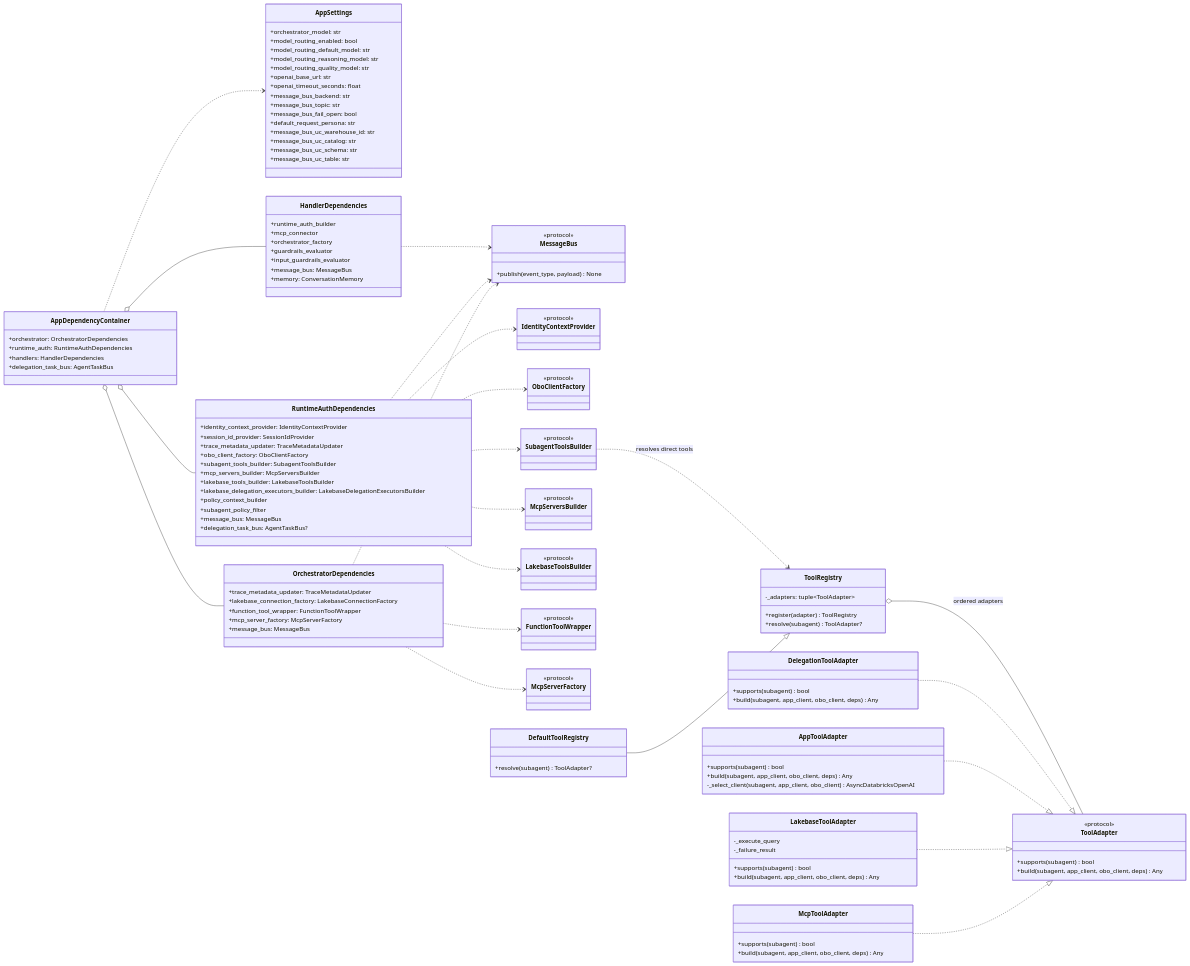
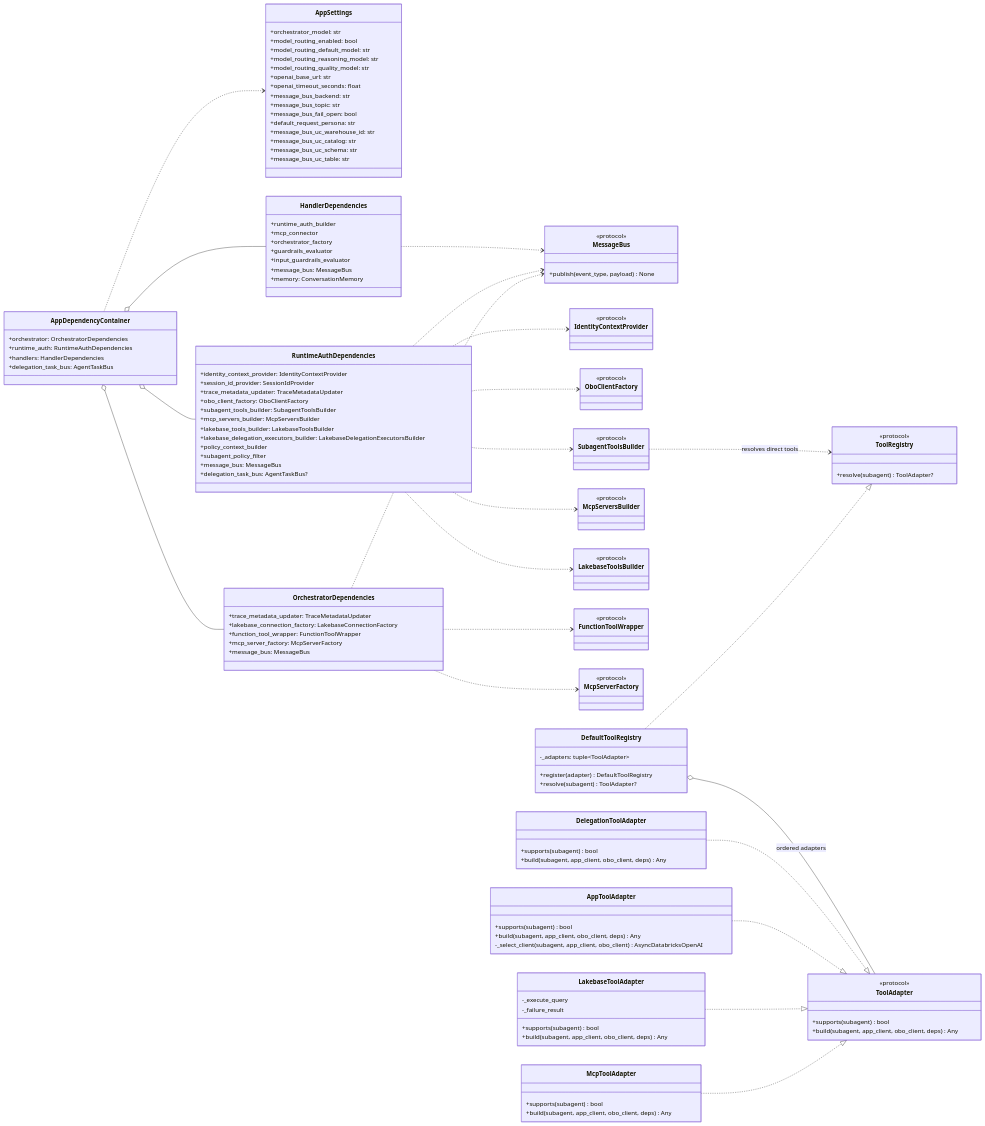
Before and after one commit to wchen-dea/Governed-Multi-Agent-Intelligence-on-Databricks: the second of 6 diagrams in docs/architecture/design-artifacts/08-backend-class-diagram-as-is.md, drawn with Mermaid. The commit also changed 3 other files, not shown here.

```diff
--- a/docs/architecture/design-artifacts/08-backend-class-diagram-as-is.md
+++ b/docs/architecture/design-artifacts/08-backend-class-diagram-as-is.md
@@ -218,11 +218,12 @@
     +build(subagent, app_client, obo_client, deps) Any
 }
 class ToolRegistry {
-    -_adapters: tuple~ToolAdapter~
-    +register(adapter) ToolRegistry
+    <<protocol>>
     +resolve(subagent) ToolAdapter?
 }
 class DefaultToolRegistry {
+    -_adapters: tuple~ToolAdapter~
+    +register(adapter) DefaultToolRegistry
     +resolve(subagent) ToolAdapter?
 }
 
@@ -239,8 +240,8 @@
 LakebaseToolAdapter ..|> ToolAdapter
 AppToolAdapter ..|> ToolAdapter
 DelegationToolAdapter ..|> ToolAdapter
-ToolRegistry o-- ToolAdapter : ordered adapters
-DefaultToolRegistry --|> ToolRegistry
+DefaultToolRegistry ..|> ToolRegistry
+DefaultToolRegistry o-- ToolAdapter : ordered adapters
 SubagentToolsBuilder ..> ToolRegistry : resolves direct tools
 
 RuntimeAuthDependencies ..> IdentityContextProvider
```
